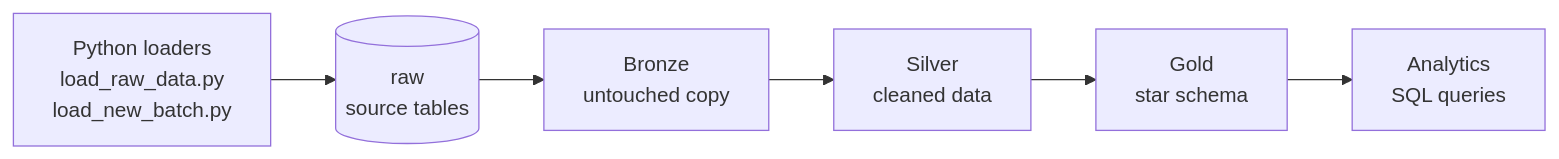
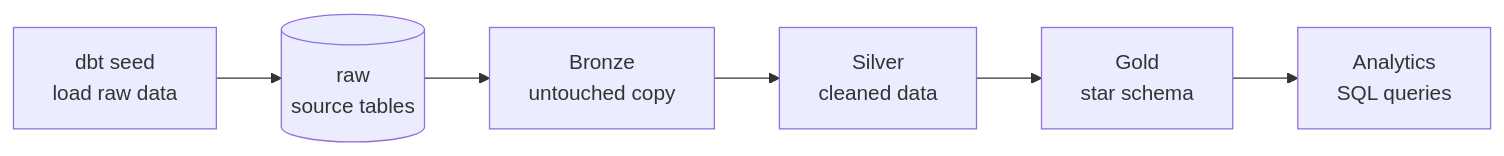
The first of 5 diagrams in README.md (gillharleen/eval_m1_seed), drawn with Mermaid before and after one commit. The commit also changed other lines of this file and 18 other files, not shown here.

````diff
--- a/README.md
+++ b/README.md
@@ -52,8 +48,8 @@
 ```mermaid
 flowchart LR
-    A["Python loaders<br/>load_raw_data.py<br/>load_new_batch.py"] --> B[("raw<br/>source tables")]
+    A["dbt seed<br/>load raw data"] --> B[("raw<br/>source tables")]
     B --> C["Bronze<br/>untouched copy"]
     C --> D["Silver<br/>cleaned data"]
     D --> E["Gold<br/>star schema"]
     E --> F["Analytics<br/>SQL queries"]
 ```
````
